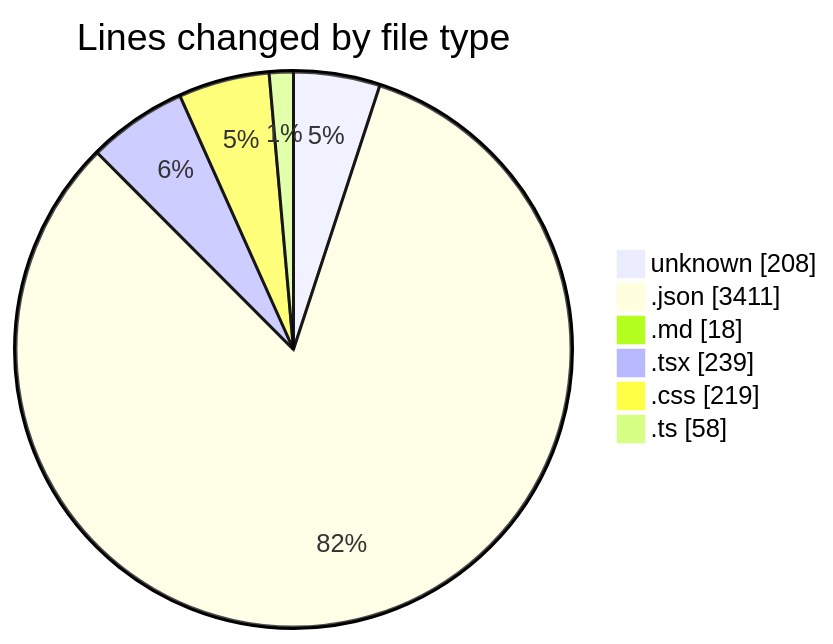
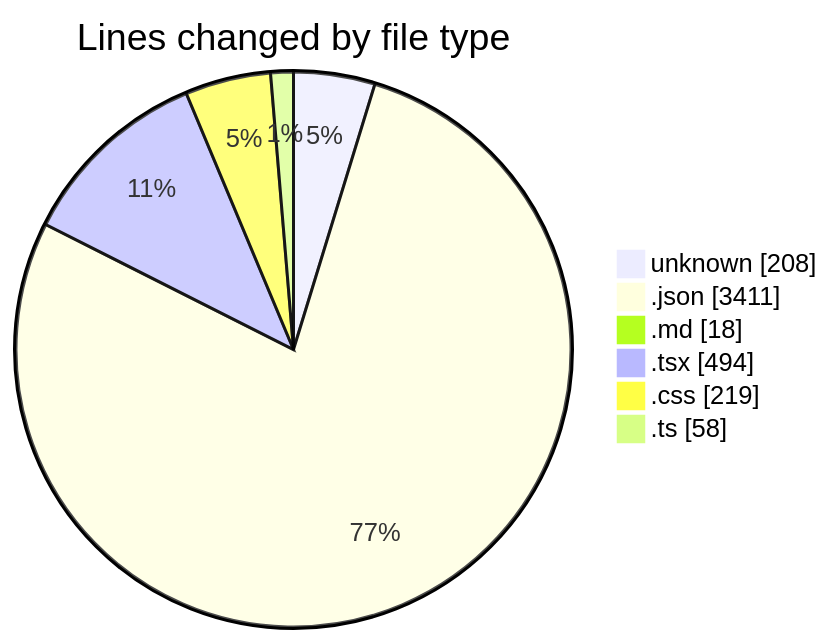
One commit to EIIisD/code-tracking changed the first of 2 diagrams in 2025-08-07/ribbon/README.md. Above: the diagram before and after it, drawn with Mermaid. The commit also changed other lines of this file and 1 other file, not shown here.

````diff
--- a/2025-08-07/ribbon/README.md
+++ b/2025-08-07/ribbon/README.md
@@ -30,10 +31,10 @@
 ```mermaid
 pie showData
 title Lines changed by file type
 "unknown" : 208
 ".json" : 3411
 ".md" : 18
-".tsx" : 239
+".tsx" : 494
 ".css" : 219
 ".ts" : 58
 ```
````
